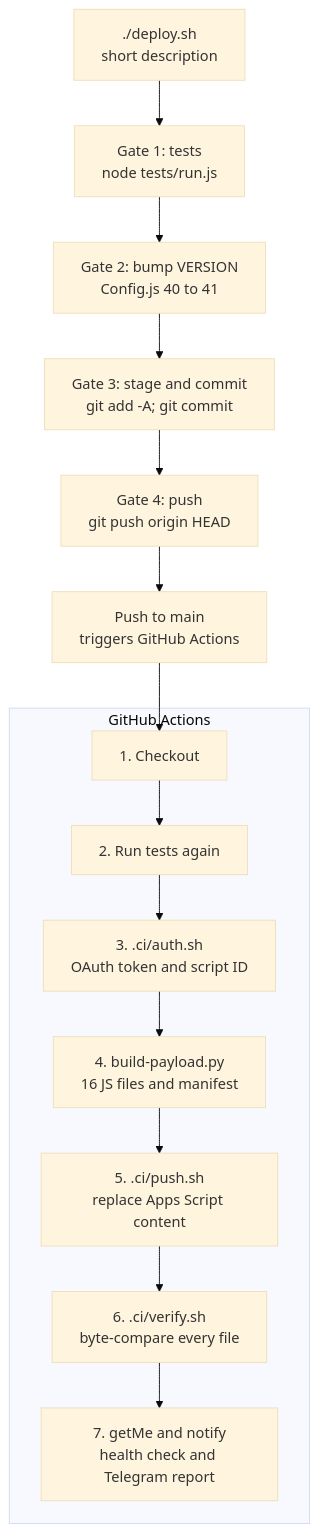
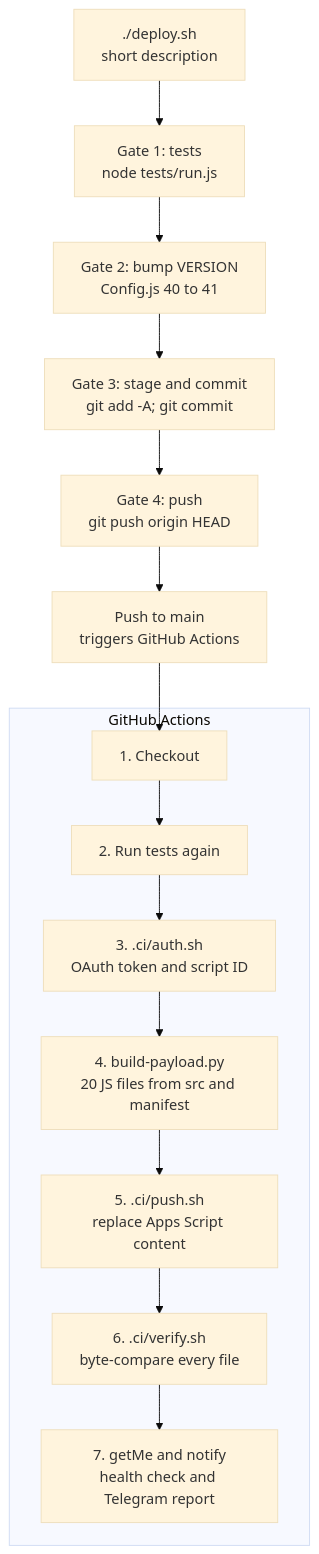
The diagram in docs/DEPLOYMENT.md (0xSA7/elm7fza_bot), drawn with Mermaid (base theme) before and after one commit. The commit also changed 32 other files, not shown here.

````diff
--- a/docs/DEPLOYMENT.md
+++ b/docs/DEPLOYMENT.md
@@ -9,25 +9,25 @@
 ```mermaid
 flowchart TB
     deploy["./deploy.sh<br/>short description"]
     gate1["Gate 1: tests<br/>node tests/run.js"]
     gate2["Gate 2: bump VERSION<br/>Config.js 40 to 41"]
     gate3["Gate 3: stage and commit<br/>git add -A; git commit"]
     gate4["Gate 4: push<br/>git push origin HEAD"]
     push["Push to main<br/>triggers GitHub Actions"]
 
     deploy --> gate1 --> gate2 --> gate3 --> gate4 --> push
 
     subgraph ci["GitHub Actions"]
         checkout["1. Checkout"]
         tests["2. Run tests again"]
         auth["3. .ci/auth.sh<br/>OAuth token and script ID"]
-        payload["4. build-payload.py<br/>16 JS files and manifest"]
+        payload["4. build-payload.py<br/>20 JS files from src and manifest"]
         upload["5. .ci/push.sh<br/>replace Apps Script content"]
         verify["6. .ci/verify.sh<br/>byte-compare every file"]
         health["7. getMe and notify<br/>health check and Telegram report"]
 
         checkout --> tests --> auth --> payload --> upload --> verify --> health
     end
 
     push --> checkout
 ```
````
